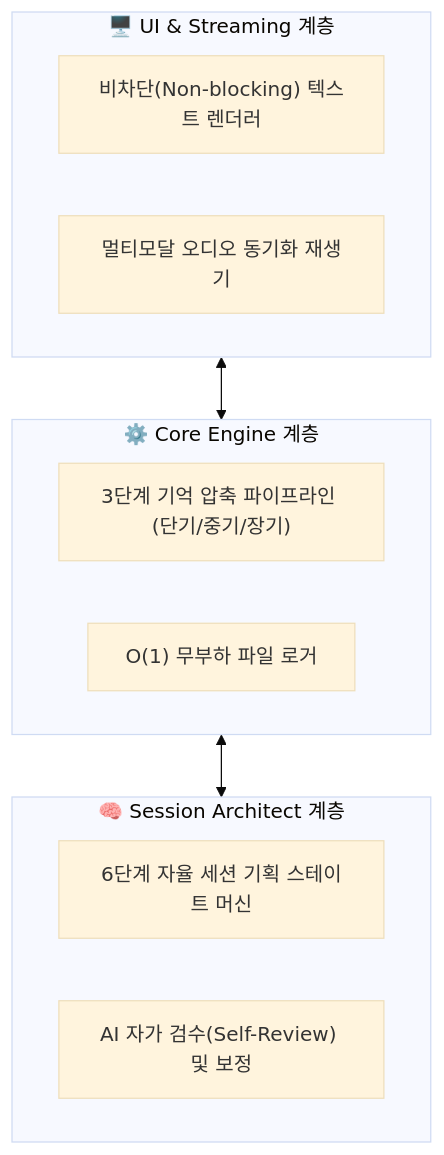
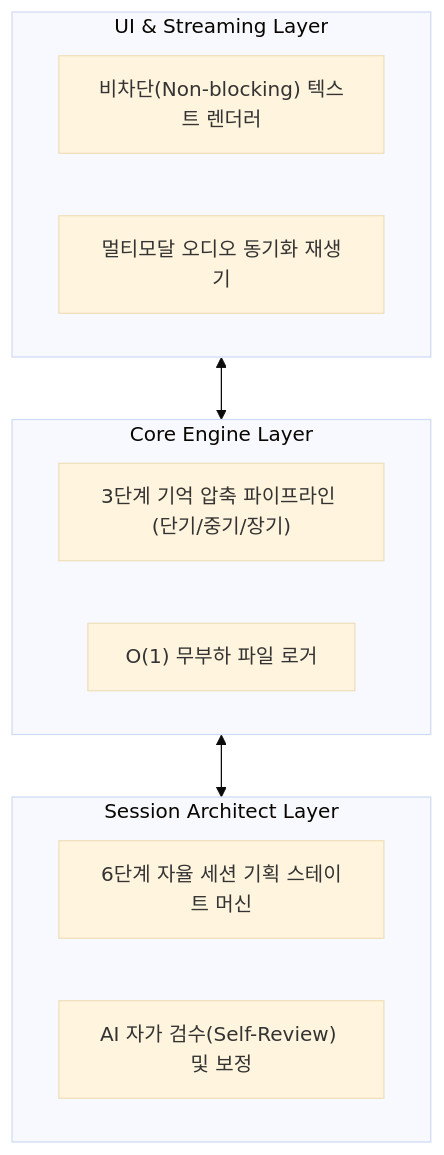
The diagram in GRC/docs/00_project_overview.md (jin20203458/Obsidian.Agent), drawn with Mermaid (base theme) before and after one commit. The commit also changed other lines of this file and 29 other files, not shown here.

````diff
--- a/GRC/docs/00_project_overview.md
+++ b/GRC/docs/00_project_overview.md
@@ -56,20 +56,20 @@
 ```mermaid
 graph TB
-    subgraph UI ["🖥️ UI & Streaming 계층"]
+    subgraph UI ["UI & Streaming Layer"]
         U1["비차단(Non-blocking) 텍스트 렌더러"]
         U2["멀티모달 오디오 동기화 재생기"]
     end
 
-    subgraph ENGINE ["⚙️ Core Engine 계층"]
+    subgraph ENGINE ["Core Engine Layer"]
         E1["3단계 기억 압축 파이프라인 (단기/중기/장기)"]
         E2["O(1) 무부하 파일 로거"]
     end
 
-    subgraph ARCHITECT ["🧠 Session Architect 계층"]
+    subgraph ARCHITECT ["Session Architect Layer"]
         A1["6단계 자율 세션 기획 스테이트 머신"]
         A2["AI 자가 검수(Self-Review) 및 보정"]
     end
 
     UI <--> ENGINE
     ENGINE <--> ARCHITECT
 ```
````
